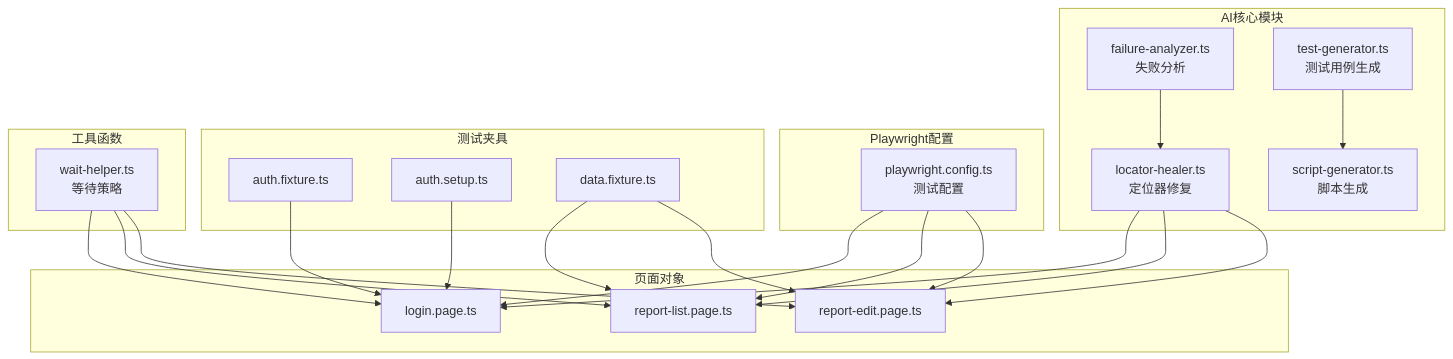
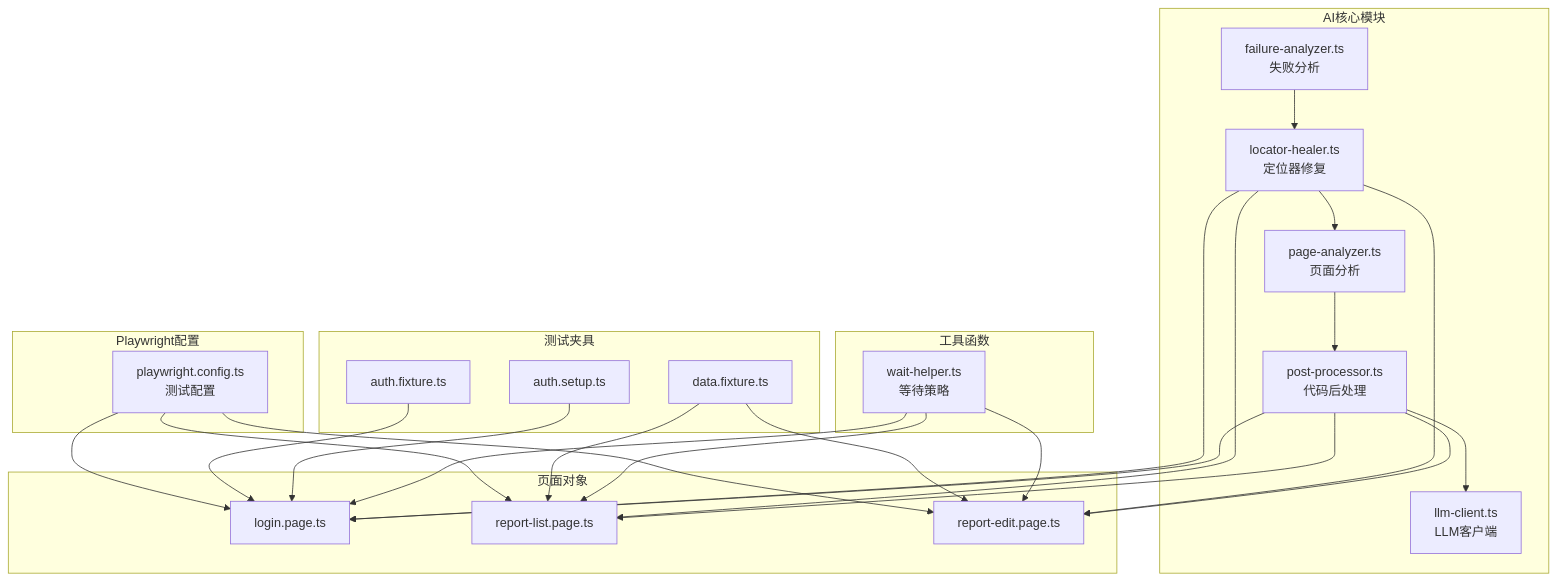
The first of 10 diagrams in .qoder/repowiki/zh/content/AI测试生成系统/AI定位修复工具.md (zzgoviziwind/--playwright), drawn with Mermaid before and after one commit. The commit also changed other lines of this file and 112 other files, not shown here.

````diff
--- a/.qoder/repowiki/zh/content/AI测试生成系统/AI定位修复工具.md
+++ b/.qoder/repowiki/zh/content/AI测试生成系统/AI定位修复工具.md
@@ -39,40 +52,46 @@
 ```mermaid
 graph TB
 subgraph "AI核心模块"
 FA["failure-analyzer.ts<br/>失败分析"]
 LH["locator-healer.ts<br/>定位器修复"]
-SG["script-generator.ts<br/>脚本生成"]
-TG["test-generator.ts<br/>测试用例生成"]
+PA["page-analyzer.ts<br/>页面分析"]
+PP["post-processor.ts<br/>代码后处理"]
+LLMC["llm-client.ts<br/>LLM客户端"]
 end
 subgraph "Playwright配置"
 PC["playwright.config.ts<br/>测试配置"]
 end
 subgraph "页面对象"
 LP["login.page.ts"]
 RLP["report-list.page.ts"]
 REP["report-edit.page.ts"]
 end
 subgraph "测试夹具"
 AF["auth.fixture.ts"]
 AS["auth.setup.ts"]
 DF["data.fixture.ts"]
 end
 subgraph "工具函数"
 WH["wait-helper.ts<br/>等待策略"]
 end
 FA --> LH
+LH --> PA
+PA --> PP
+PP --> LLMC
 LH --> LP
 LH --> RLP
 LH --> REP
-TG --> SG
+PP --> LP
+PP --> RLP
+PP --> REP
 PC --> LP
 PC --> RLP
 PC --> REP
 AF --> LP
 AS --> LP
 DF --> RLP
 DF --> REP
 WH --> LP
 WH --> RLP
 WH --> REP
 ```
````
